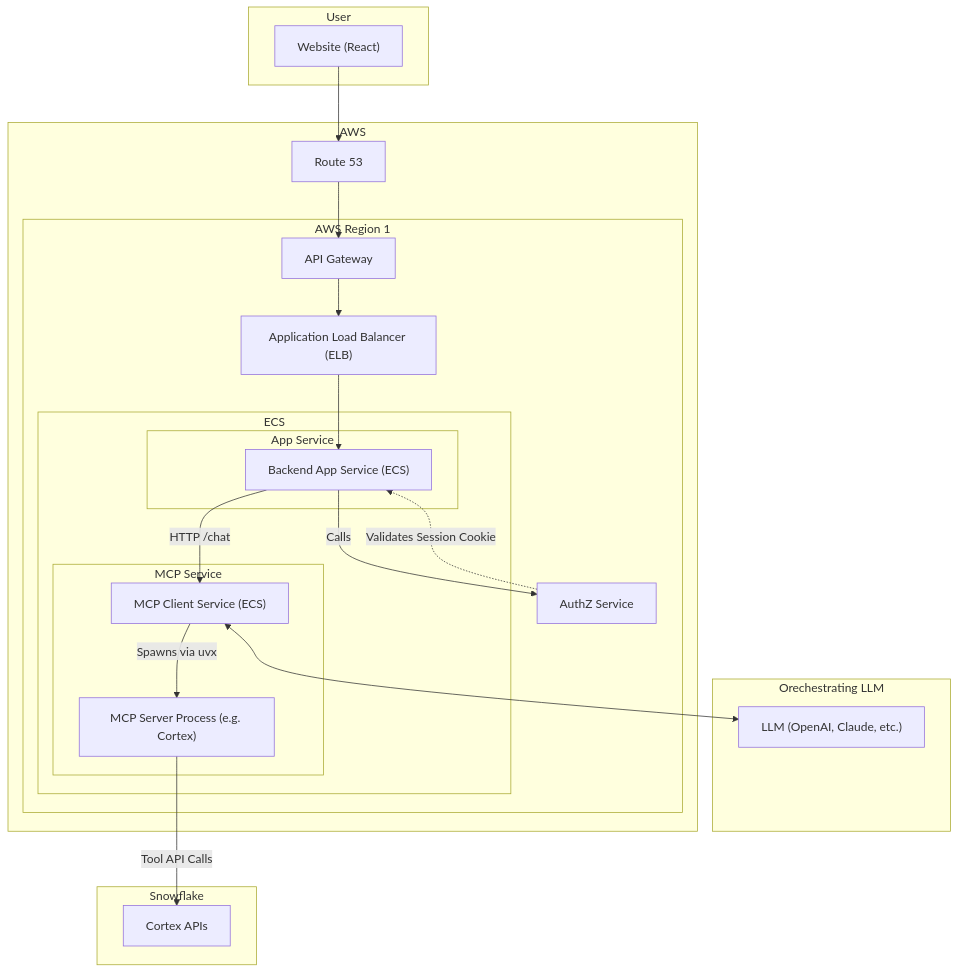
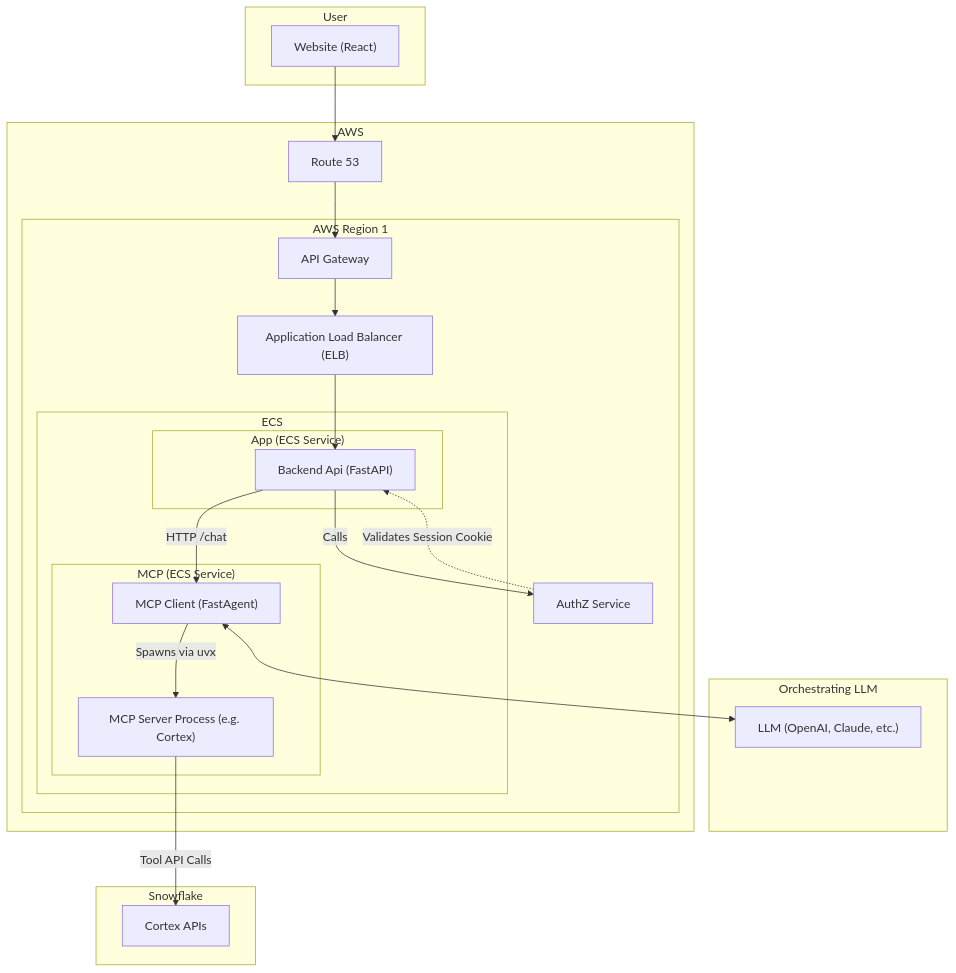
Before and after one commit to sfc-jneal/example-mcp-cortex-fastagent: the diagram in README.md, drawn with Mermaid. The commit also changed 2 other files, not shown here.

Commit message:
Update README and remove stale MCP Server import

````diff
--- a/README.md
+++ b/README.md
@@ -156,43 +156,43 @@
 ```mermaid
 graph TD
     subgraph User
         A["Website (React)"]
     end
 
-    subgraph Orechestrating LLM
+    subgraph Orchestrating LLM
         LLM["LLM (OpenAI, Claude, etc.)"]
     end
     
     subgraph "AWS"
             B["Route 53"]
             A --> B
             B --> C[API Gateway]
             subgraph "AWS Region 1"
                 
                 C --> D["Application Load Balancer (ELB)"]
                 
                 subgraph ECS
-                    subgraph "App Service"
-                        E["Backend App Service (ECS)"]
+                    subgraph "App (ECS Service)"
+                        E["Backend Api (FastAPI)"]
                     end 
-                    subgraph "MCP Service"
-                        F["MCP Client Service (ECS)"]
+                    subgraph "MCP (ECS Service)"
+                        F["MCP Client (FastAgent)"]
                         F -->|Spawns via uvx| G["MCP Server Process (e.g. Cortex)"]
                     end
                 end
                 F <--> LLM
                 D --> E
 
                 E -->|HTTP /chat| F
                 E -->|Calls| I[AuthZ Service]
             end
 
             I -.->|Validates Session Cookie| E
         end
 
     subgraph Snowflake
         H["Cortex APIs"]
     end
 
     G -->|Tool API Calls| H
 ```
````
